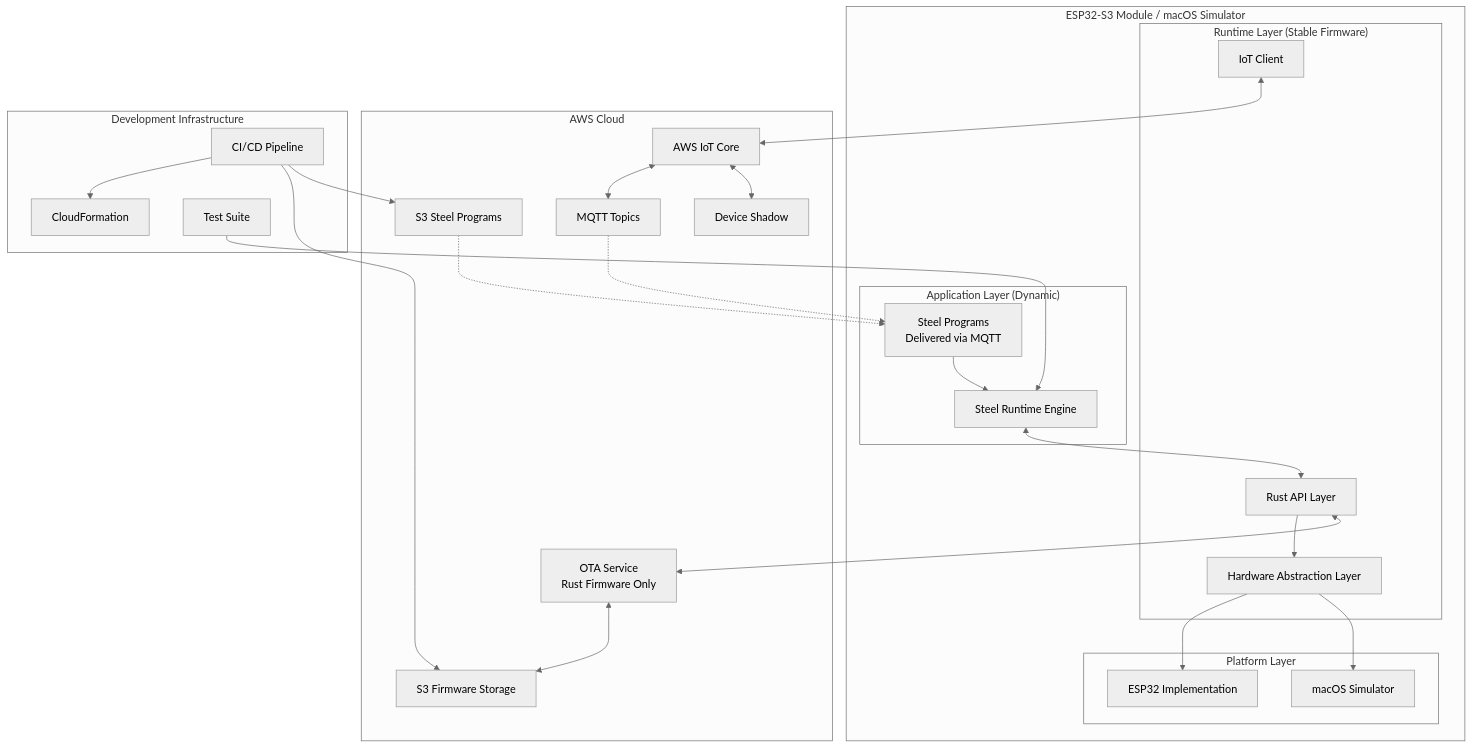
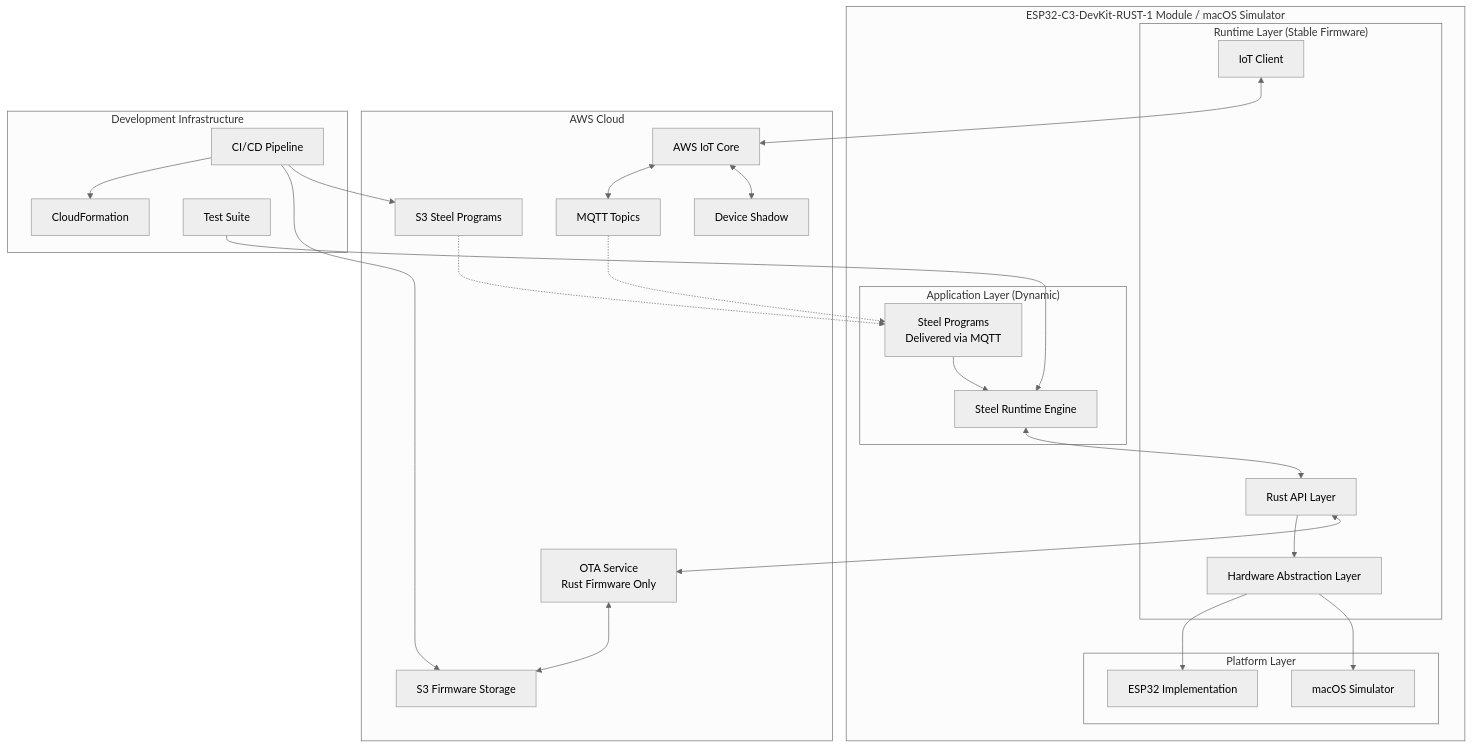
One commit to mparkachov/aws-iot-steel changed the first of 4 diagrams in .kiro/specs/aws-iot-steel/design.md. Above: the diagram before and after it, drawn with Mermaid (neutral theme). The commit also changed other lines of this file and 27 other files, not shown here.

Commit message:
ESP32-C3-DevKit-RUST-1 platform implementation

````diff
--- a/.kiro/specs/aws-iot-steel/design.md
+++ b/.kiro/specs/aws-iot-steel/design.md
@@ -15,55 +15,55 @@
 ```mermaid
 graph TB
-    subgraph "ESP32-S3 Module / macOS Simulator"
+    subgraph "ESP32-C3-DevKit-RUST-1 Module / macOS Simulator"
         subgraph "Application Layer (Dynamic)"
             SteelPrograms[Steel Programs<br/>Delivered via MQTT]
             SteelRuntime[Steel Runtime Engine]
         end
         
         subgraph "Runtime Layer (Stable Firmware)"
             RustAPI[Rust API Layer]
             HAL[Hardware Abstraction Layer]
             IoTClient[IoT Client]
         end
         
         subgraph "Platform Layer"
             ESP32[ESP32 Implementation] 
             MacOS[macOS Simulator]
         end
     end
     
     subgraph "AWS Cloud"
         IoT[AWS IoT Core]
         MQTT[MQTT Topics]
         Shadow[Device Shadow]
         OTA[OTA Service<br/>Rust Firmware Only]
         S3Programs[S3 Steel Programs]
         S3Firmware[S3 Firmware Storage]
     end
     
     subgraph "Development Infrastructure"
         CF[CloudFormation]
         CICD[CI/CD Pipeline]
         Tests[Test Suite]
     end
     
     SteelPrograms --> SteelRuntime
     SteelRuntime <--> RustAPI
     RustAPI --> HAL
     HAL --> ESP32
     HAL --> MacOS
     
     IoTClient <--> IoT
     IoT <--> MQTT
     IoT <--> Shadow
     MQTT -.-> SteelPrograms
     S3Programs -.-> SteelPrograms
     
     RustAPI <--> OTA
     OTA <--> S3Firmware
     
     CICD --> CF
     CICD --> S3Firmware
     CICD --> S3Programs
     Tests --> SteelRuntime
 ```
````
